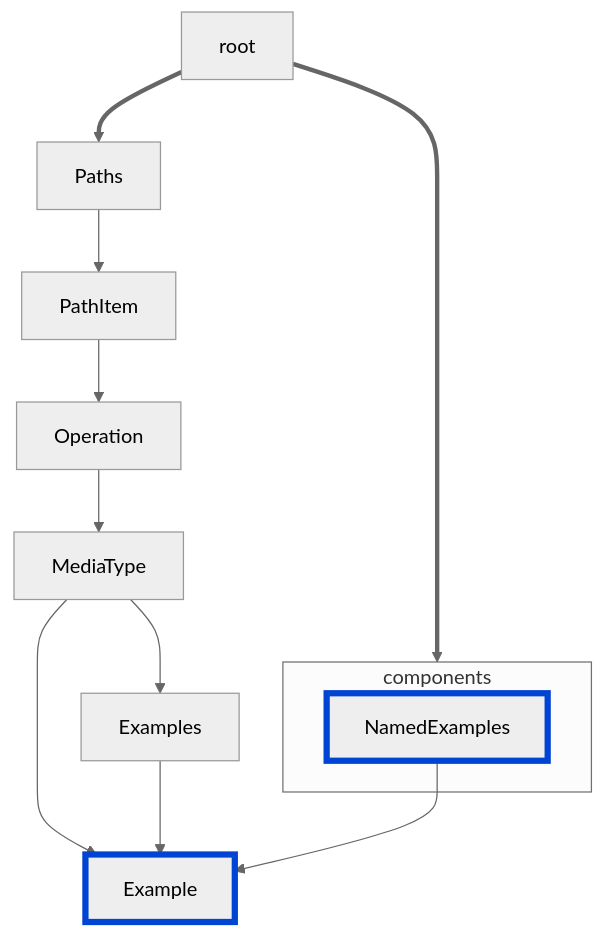
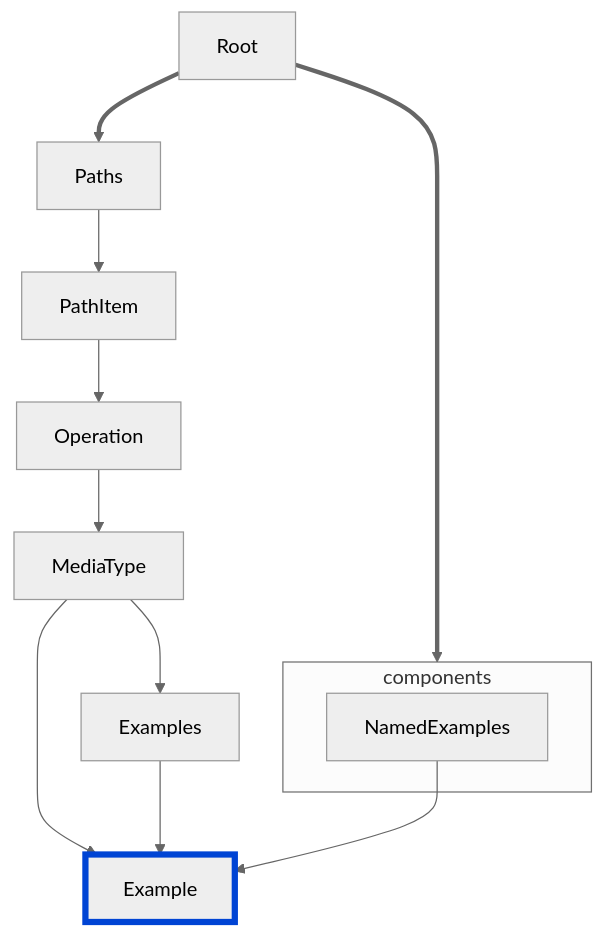
The diagram in docs/@v2/rules/oas/no-invalid-media-type-examples.md (Redocly/redocly-cli), drawn with Mermaid (neutral theme) before and after one commit. The commit also changed 36 other files, not shown here.

````diff
--- a/docs/@v2/rules/oas/no-invalid-media-type-examples.md
+++ b/docs/@v2/rules/oas/no-invalid-media-type-examples.md
@@ -16,17 +16,16 @@
 ```mermaid
 flowchart TD
 
-root ==> Paths --> PathItem --> Operation --> MediaType --> Example
+Root ==> Paths --> PathItem --> Operation --> MediaType --> Example
 MediaType --> Examples --> Example
 
-root ==> components
+Root ==> components
 
 NamedExamples --> Example
 
 subgraph components
 NamedExamples
 end
 
 style Example fill:#codaf9,stroke:#0044d4,stroke-width:5px
-style NamedExamples fill:#codaf9,stroke:#0044d4,stroke-width:5px
 ```
````
